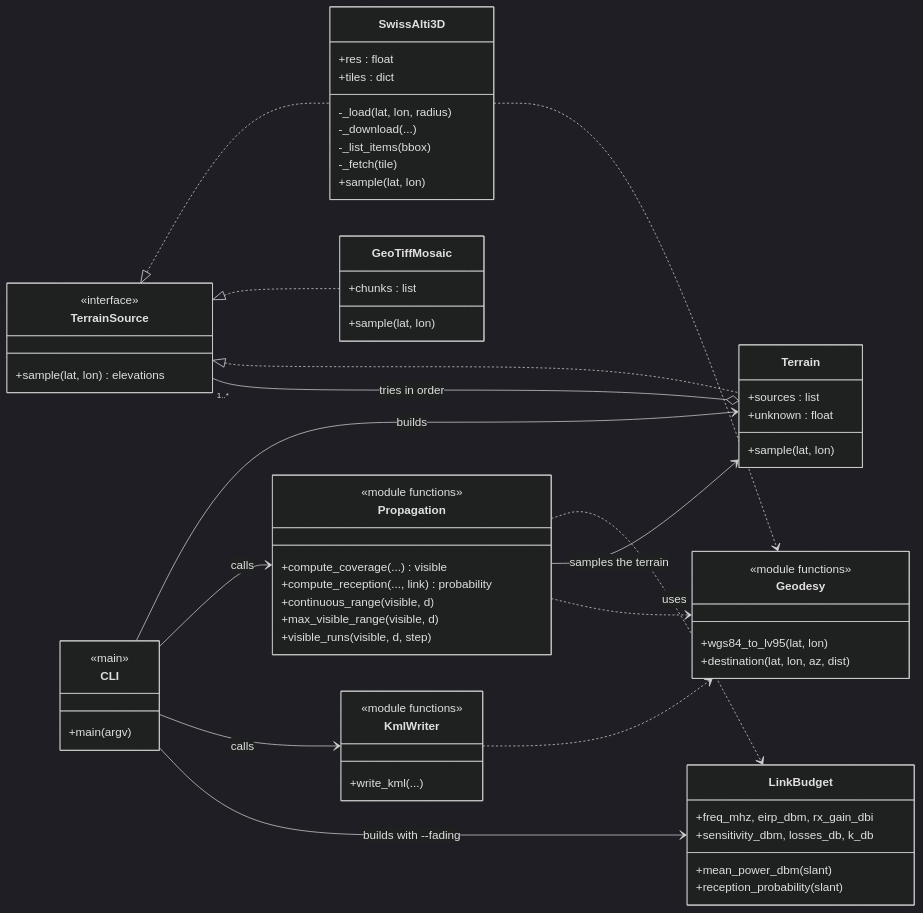
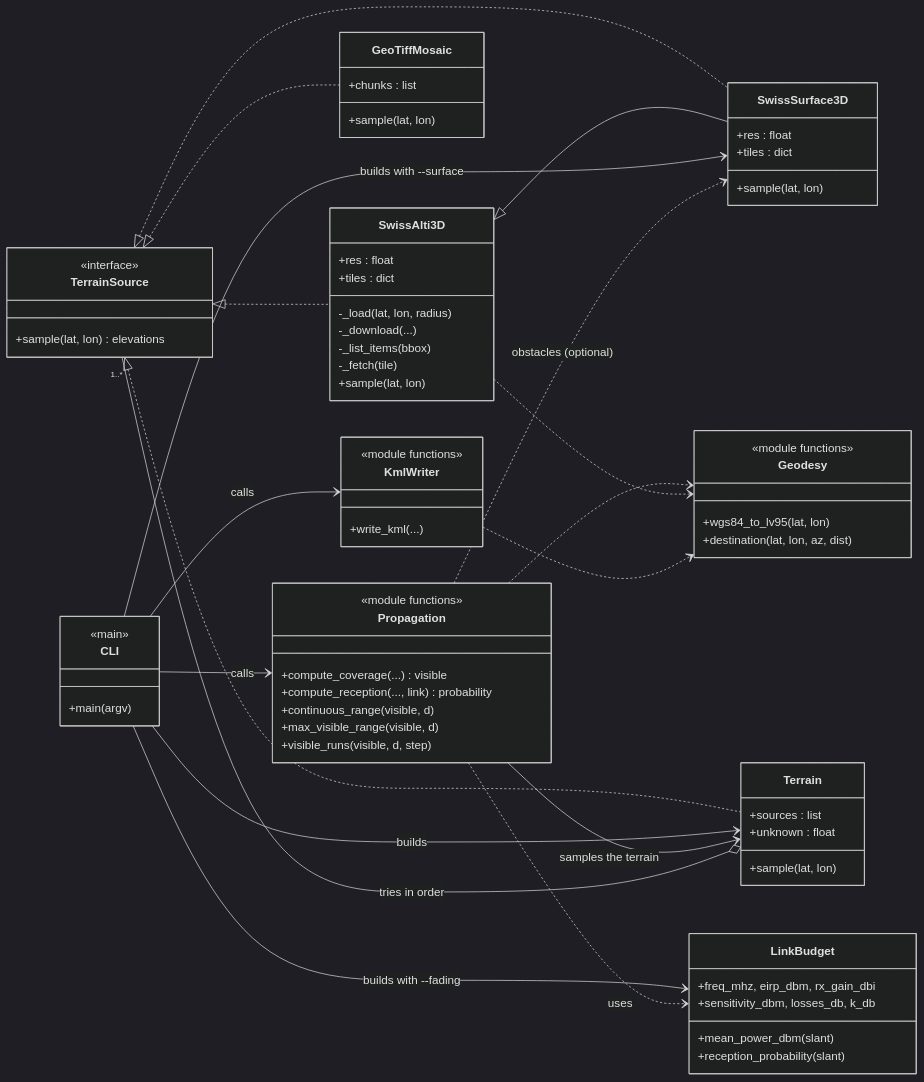
Before and after one commit to raphaelcere/ads-coverage: the first of 2 diagrams in README.md, drawn with Mermaid (dark theme). The commit also changed other lines of this file and 4 other files, not shown here.

First line of the commit message:
Optional swissSURFACE3D obstacles (--surface): buildings and vegetation block the line of sight

````diff
--- a/README.md
+++ b/README.md
@@ -109,66 +118,75 @@
 ```mermaid
 classDiagram
     direction LR
     class TerrainSource {
         <<interface>>
         +sample(lat, lon) elevations
     }
     class SwissAlti3D {
         +res : float
         +tiles : dict
         -_load(lat, lon, radius)
         -_download(...)
         -_list_items(bbox)
         -_fetch(tile)
+        +sample(lat, lon)
+    }
+    class SwissSurface3D {
+        +res : float
+        +tiles : dict
         +sample(lat, lon)
     }
     class GeoTiffMosaic {
         +chunks : list
         +sample(lat, lon)
     }
     class Terrain {
         +sources : list
         +unknown : float
         +sample(lat, lon)
     }
     class Propagation {
         <<module functions>>
         +compute_coverage(...) visible
         +compute_reception(..., link) probability
         +continuous_range(visible, d)
         +max_visible_range(visible, d)
         +visible_runs(visible, d, step)
     }
     class LinkBudget {
         +freq_mhz, eirp_dbm, rx_gain_dbi
         +sensitivity_dbm, losses_db, k_db
         +mean_power_dbm(slant)
         +reception_probability(slant)
     }
     class KmlWriter {
         <<module functions>>
         +write_kml(...)
     }
     class CLI {
         <<main>>
         +main(argv)
     }
     class Geodesy {
         <<module functions>>
         +wgs84_to_lv95(lat, lon)
         +destination(lat, lon, az, dist)
     }
     TerrainSource <|.. SwissAlti3D
+    TerrainSource <|.. SwissSurface3D
+    SwissAlti3D <|-- SwissSurface3D
     TerrainSource <|.. GeoTiffMosaic
     TerrainSource <|.. Terrain
     Terrain o-- "1..*" TerrainSource : tries in order
     CLI --> Terrain : builds
     CLI --> Propagation : calls
     CLI --> KmlWriter : calls
     CLI --> LinkBudget : builds with --fading
+    CLI --> SwissSurface3D : builds with --surface
+    Propagation ..> SwissSurface3D : obstacles (optional)
     Propagation ..> LinkBudget : uses
     Propagation --> Terrain : samples the terrain
     Propagation ..> Geodesy
     SwissAlti3D ..> Geodesy
     KmlWriter ..> Geodesy
 ```
````
